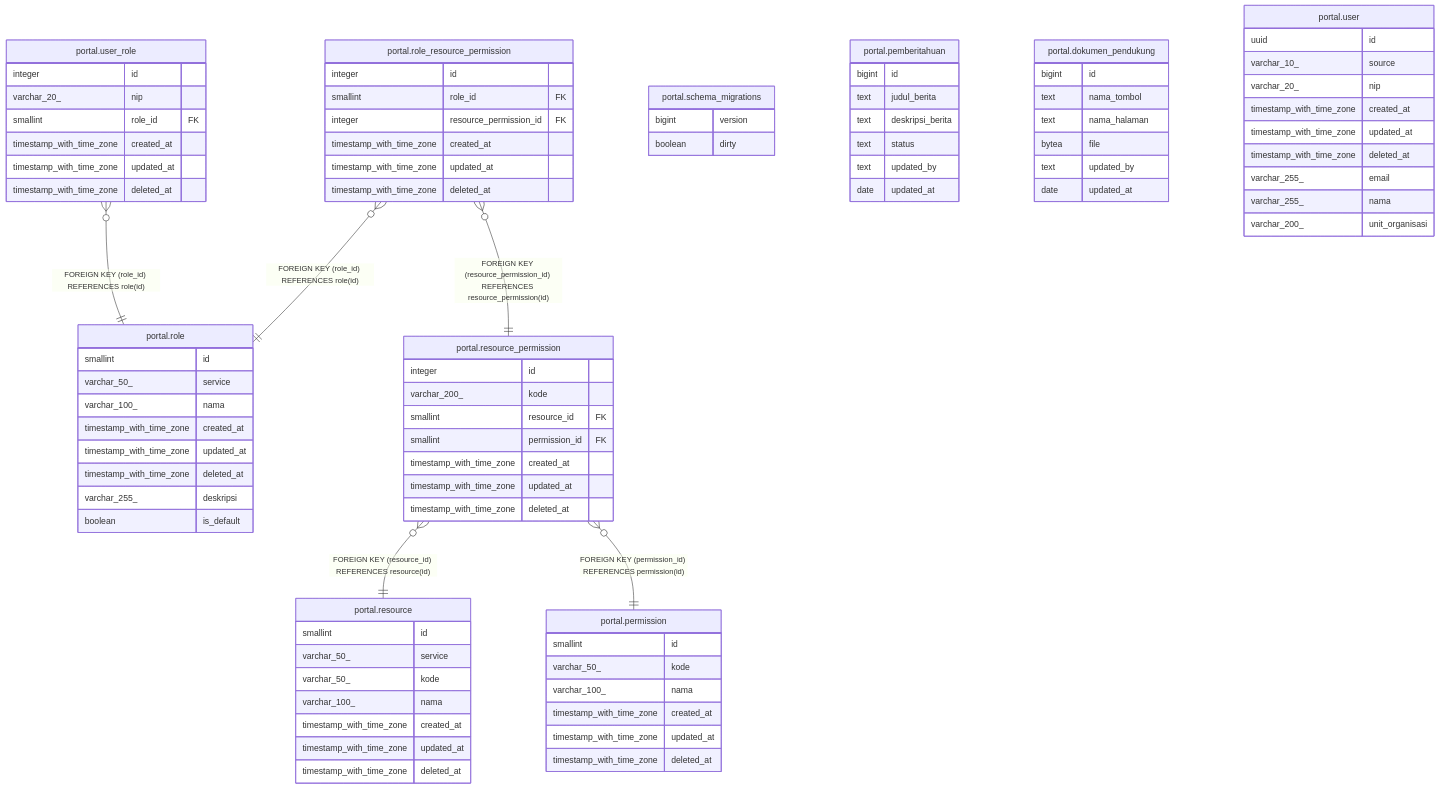
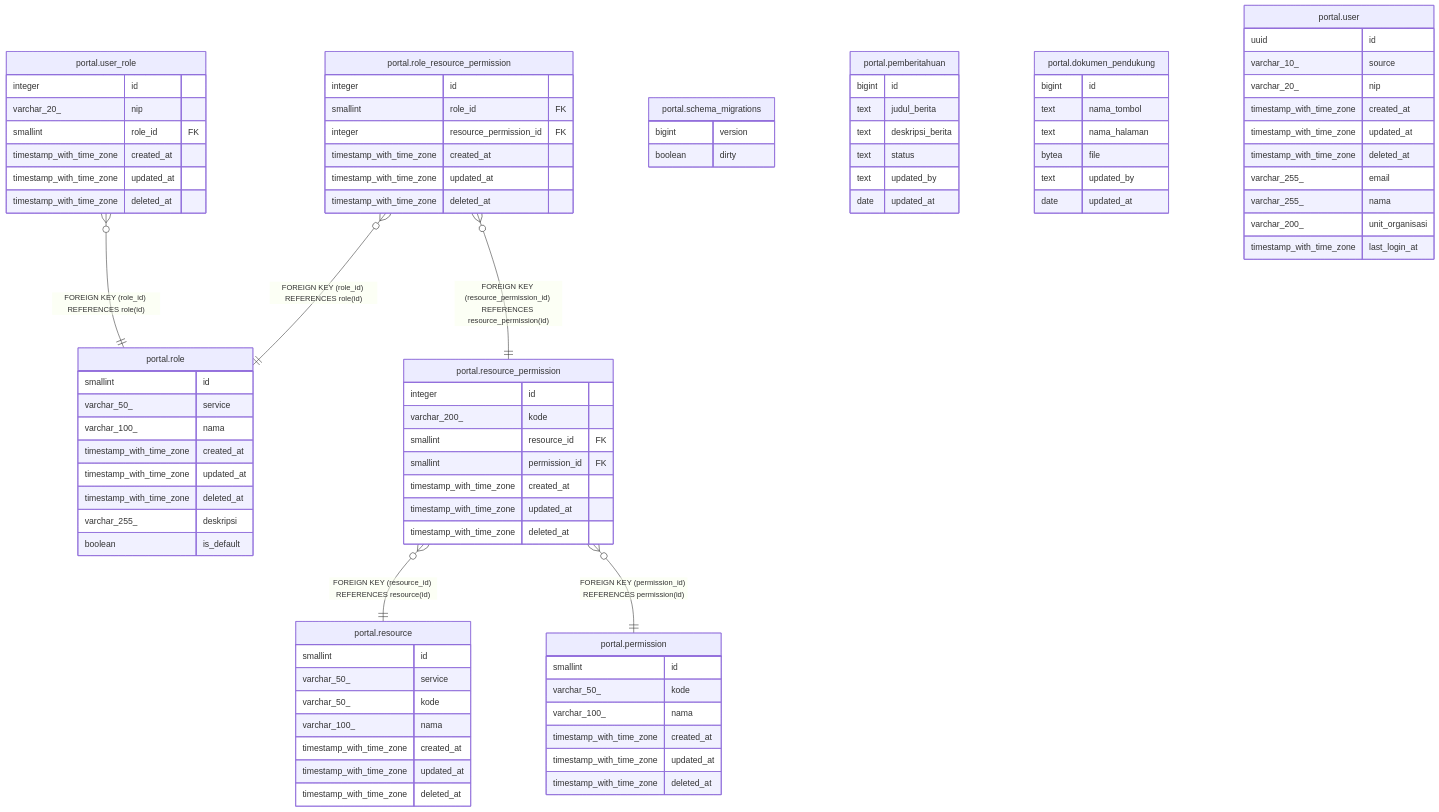
One commit to nandanugg/triforce.nvim changed the diagram in services/portal/docs/db/README.md. Above: the diagram before and after it, drawn with Mermaid. The commit also changed other lines of this file and 9 other files, not shown here.

```diff
--- a/services/portal/docs/db/README.md
+++ b/services/portal/docs/db/README.md
@@ -64,6 +64,7 @@
   varchar_255_ email
   varchar_255_ nama
   varchar_200_ unit_organisasi
+  timestamp_with_time_zone last_login_at
 }
 "portal.role" {
   smallint id
```
